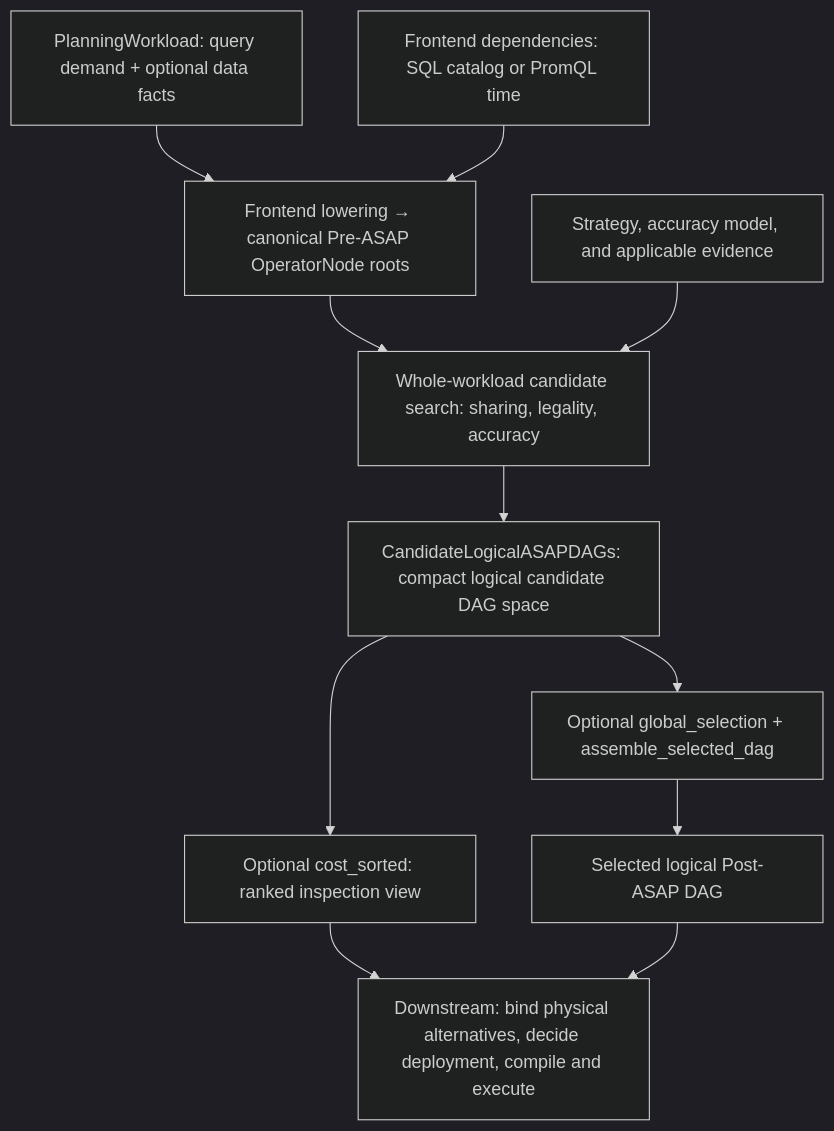
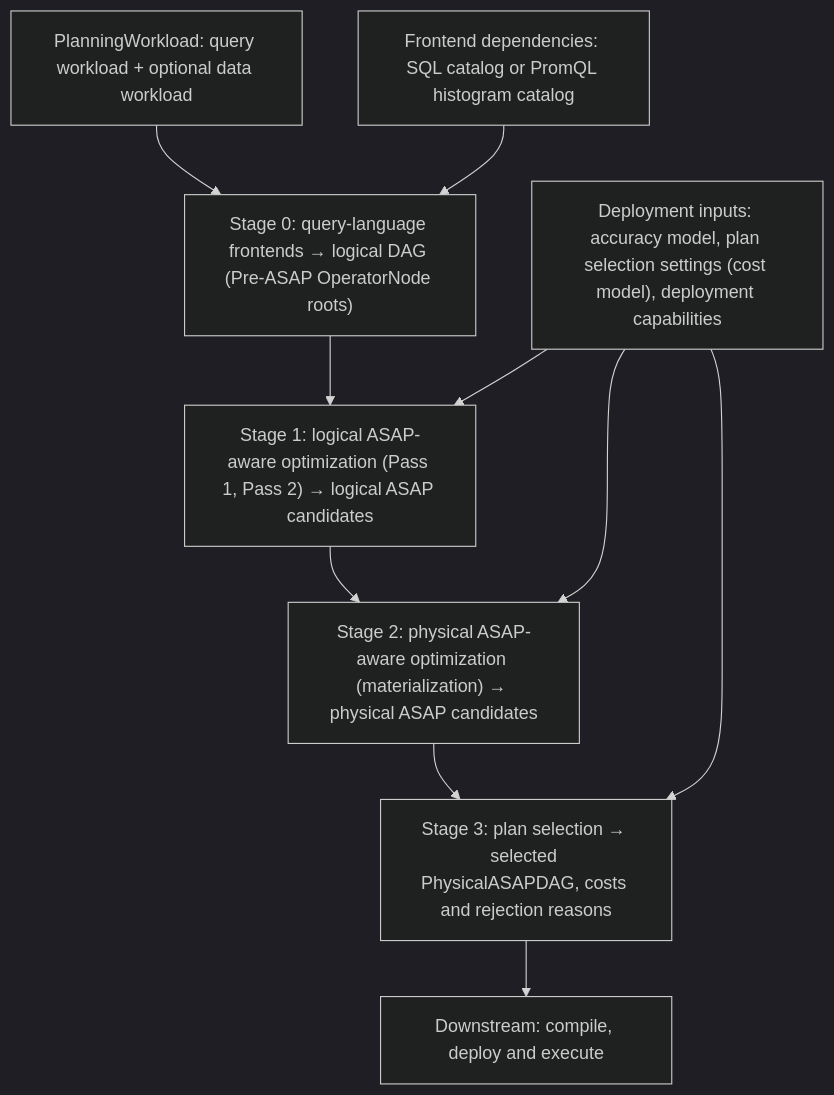
One commit to ProjectASAP/ASAPPlanner changed the diagram in docs/design_docs/architecture/README.md. Above: the diagram before and after it, drawn with Mermaid (dark theme). The commit also changed other lines of this file and 20 other files, not shown here.

First line of the commit message:
docs(design): the stage pipeline replaces the legacy search in the design docs

````diff
--- a/docs/design_docs/architecture/README.md
+++ b/docs/design_docs/architecture/README.md
@@ -15,20 +15,17 @@
 ```mermaid
 flowchart TD
-    W["PlanningWorkload: query demand + optional data facts"]
-    F["Frontend dependencies: SQL catalog or PromQL time"]
-    E["Strategy, accuracy model, and applicable evidence"]
-    PRE["Frontend lowering → canonical Pre-ASAP OperatorNode roots"]
-    SEARCH["Whole-workload candidate search: sharing, legality, accuracy"]
-    SPACE["CandidateLogicalASAPDAGs: compact logical candidate DAG space"]
-    RANK["Optional cost_sorted: ranked inspection view"]
-    SELECT["Optional global_selection + assemble_selected_dag"]
-    DAG["Selected logical Post-ASAP DAG"]
-    BACKEND["Downstream: bind physical alternatives, decide deployment, compile and execute"]
+    W["PlanningWorkload: query workload + optional data workload"]
+    F["Frontend dependencies: SQL catalog or PromQL histogram catalog"]
+    D["Deployment inputs: accuracy model, plan selection settings (cost model), deployment capabilities"]
+    PRE["Stage 0: query-language frontends → logical DAG (Pre-ASAP OperatorNode roots)"]
+    S1["Stage 1: logical ASAP-aware optimization (Pass 1, Pass 2) → logical ASAP candidates"]
+    S2["Stage 2: physical ASAP-aware optimization (materialization) → physical ASAP candidates"]
+    S3["Stage 3: plan selection → selected PhysicalASAPDAG, costs and rejection reasons"]
+    BACKEND["Downstream: compile, deploy and execute"]
     W --> PRE
     F --> PRE
-    PRE --> SEARCH
-    E --> SEARCH
-    SEARCH --> SPACE
-    SPACE --> RANK --> BACKEND
-    SPACE --> SELECT --> DAG --> BACKEND
+    PRE --> S1 --> S2 --> S3 --> BACKEND
+    D --> S1
+    D --> S2
+    D --> S3
 ```
````
